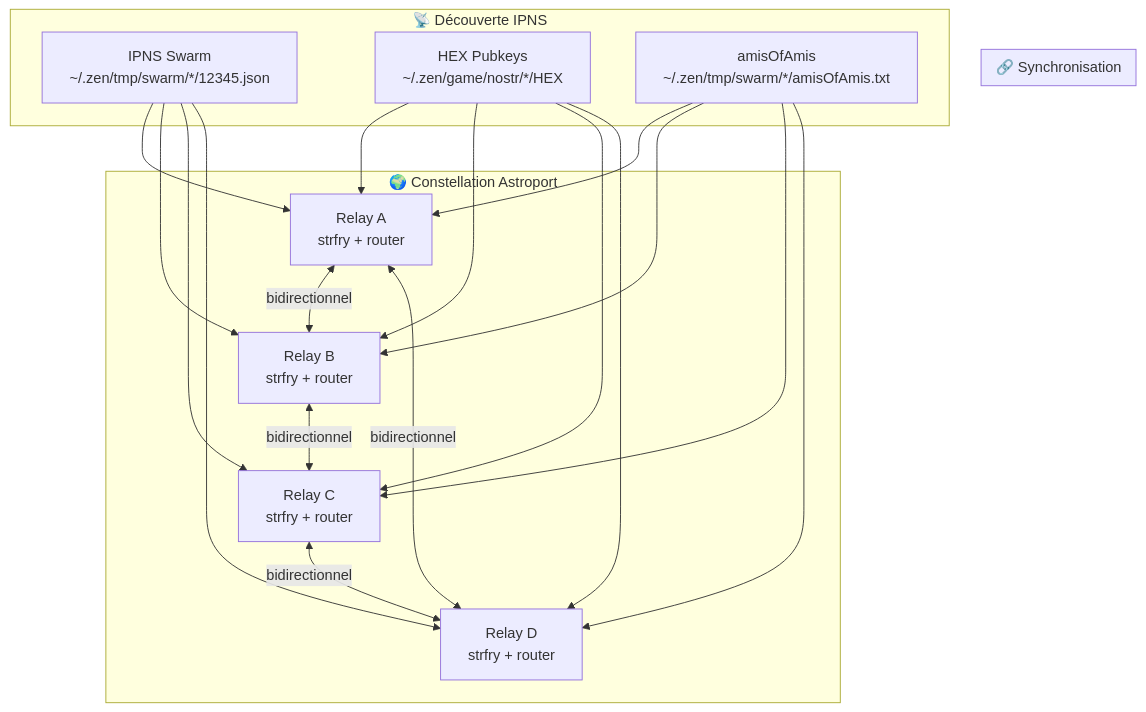
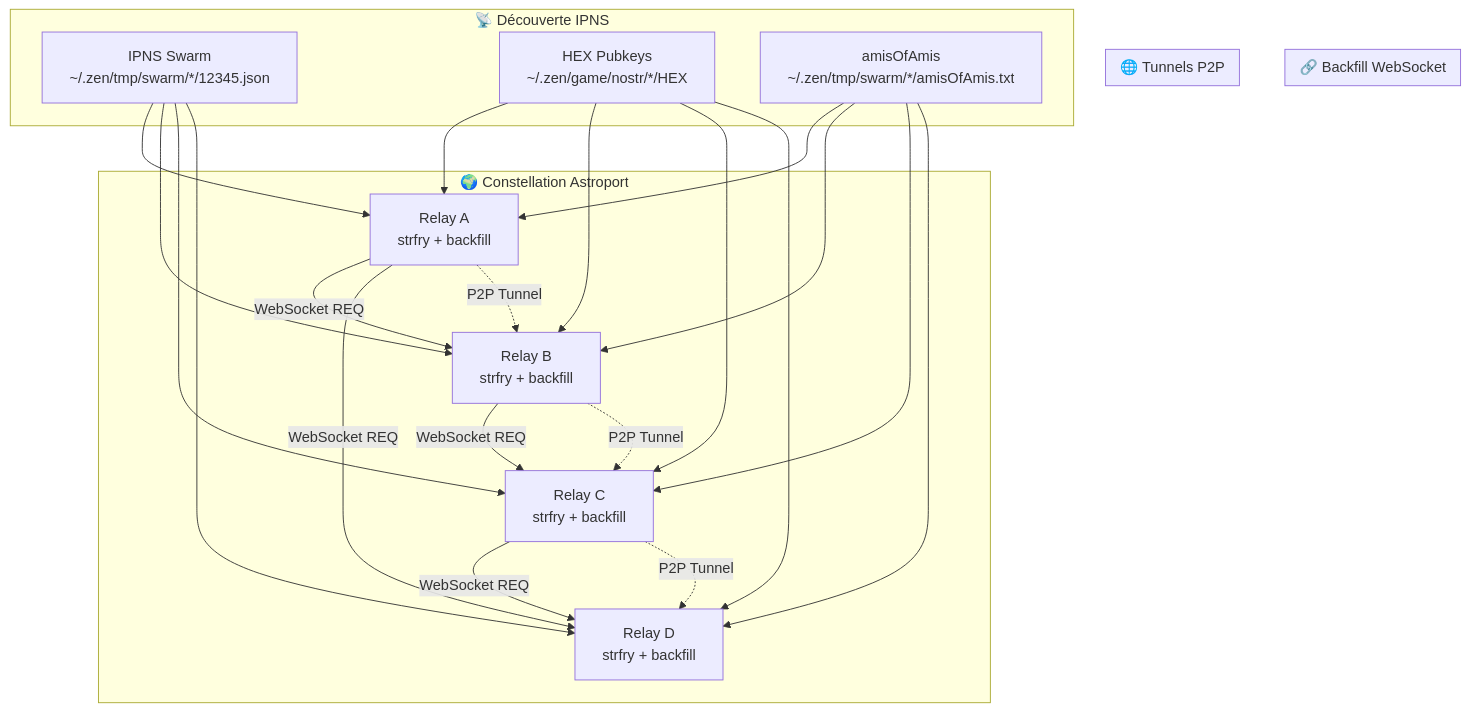
The diagram in CONSTELLATION_SYNC.md (papiche/NIP-101), drawn with Mermaid before and after one commit. The commit also changed other lines of this file and 5 other files, not shown here.

````diff
--- a/CONSTELLATION_SYNC.md
+++ b/CONSTELLATION_SYNC.md
@@ -65,37 +65,43 @@
 ```mermaid
 graph TB
     subgraph "🌍 Constellation Astroport"
-        A[Relay A<br/>strfry + router]
-        B[Relay B<br/>strfry + router]
-        C[Relay C<br/>strfry + router]
-        D[Relay D<br/>strfry + router]
+        A[Relay A<br/>strfry + backfill]
+        B[Relay B<br/>strfry + backfill]
+        C[Relay C<br/>strfry + backfill]
+        D[Relay D<br/>strfry + backfill]
     end
     
-    subgraph "🔗 Synchronisation"
-        A <-->|bidirectionnel| B
-        B <-->|bidirectionnel| C
-        C <-->|bidirectionnel| D
-        A <-->|bidirectionnel| D
+    subgraph "🔗 Backfill WebSocket"
+        A -->|WebSocket REQ| B
+        B -->|WebSocket REQ| C
+        C -->|WebSocket REQ| D
+        A -->|WebSocket REQ| D
+    end
+    
+    subgraph "🌐 Tunnels P2P"
+        A -.->|P2P Tunnel| B
+        B -.->|P2P Tunnel| C
+        C -.->|P2P Tunnel| D
     end
     
     subgraph "📡 Découverte IPNS"
         E[IPNS Swarm<br/>~/.zen/tmp/swarm/*/12345.json]
         F[HEX Pubkeys<br/>~/.zen/game/nostr/*/HEX]
         G[amisOfAmis<br/>~/.zen/tmp/swarm/*/amisOfAmis.txt]
     end
     
     E --> A
     E --> B
     E --> C
     E --> D
     
     F --> A
     F --> B
     F --> C
     F --> D
     
     G --> A
     G --> B
     G --> C
     G --> D
 ```
````
